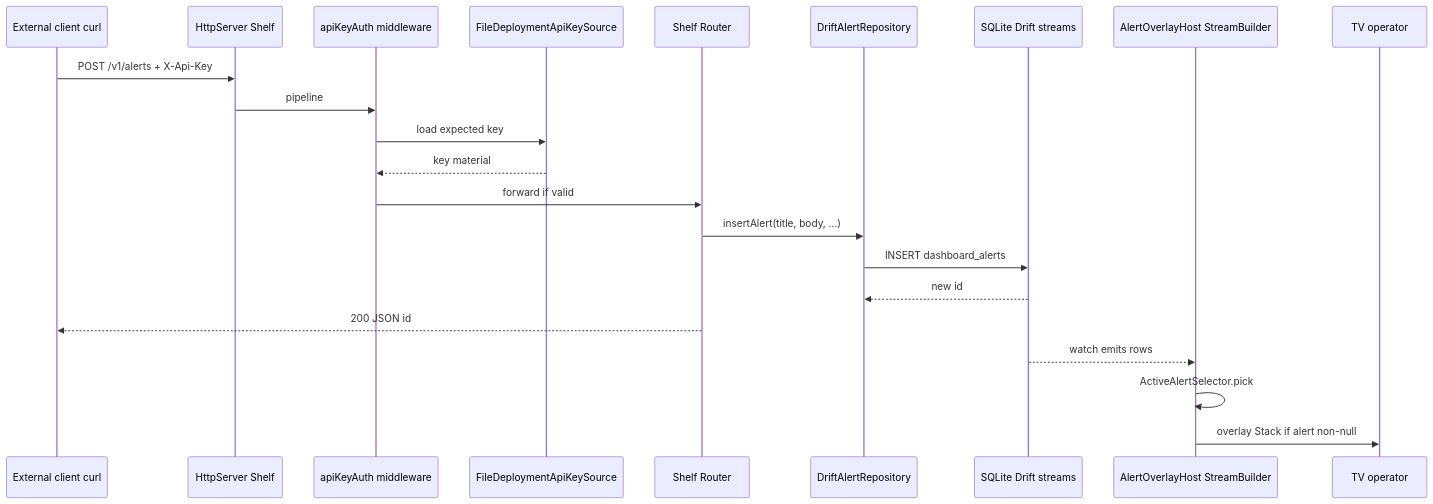
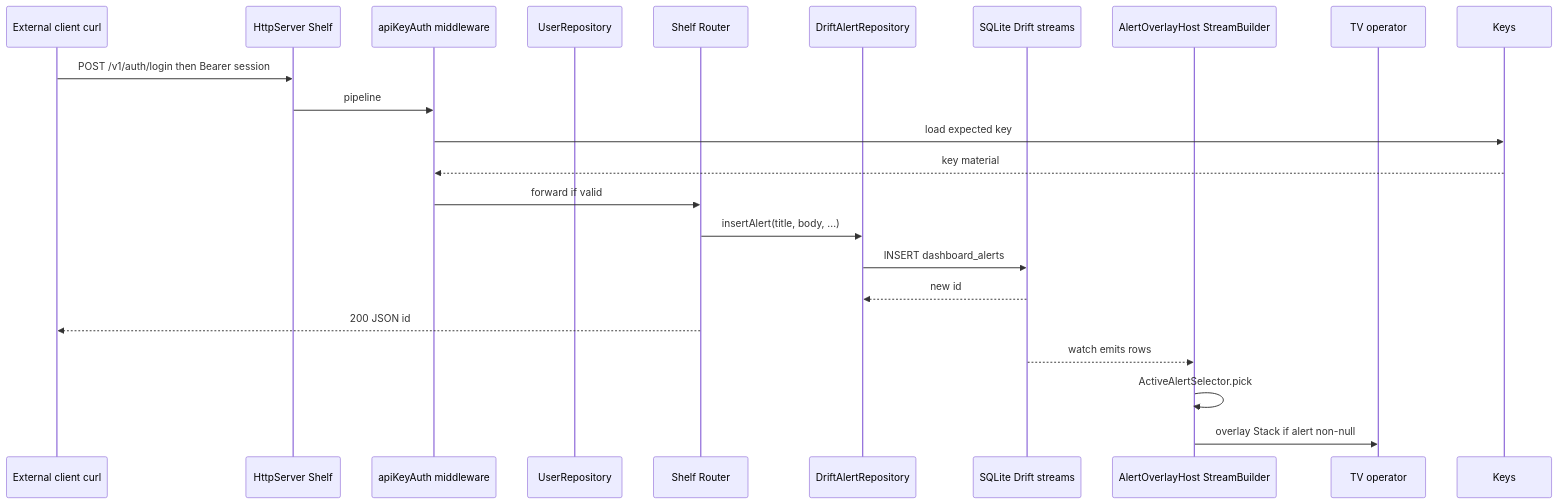
One commit to dukk/waddle-view changed the fourth of 5 diagrams in apps/waddle_display/ARCHITECTURE.md. Above: the diagram before and after it, drawn with Mermaid. The commit also changed other lines of this file and 62 other files, not shown here.

First line of the commit message:
feat(auth): session-based REST API auth with RBAC

````diff
--- a/apps/waddle_display/ARCHITECTURE.md
+++ b/apps/waddle_display/ARCHITECTURE.md
@@ -189,25 +189,25 @@
 ```mermaid
 sequenceDiagram
   participant Ext as External client curl
   participant S as HttpServer Shelf
   participant Auth as apiKeyAuth middleware
-  participant Keys as FileDeploymentApiKeySource
+  participant Users as UserRepository
   participant R as Shelf Router
   participant AR as DriftAlertRepository
   participant DB as SQLite Drift streams
   participant Host as AlertOverlayHost StreamBuilder
   participant Op as TV operator
 
-  Ext->>S: POST /v1/alerts + X-Api-Key
+  Ext->>S: POST /v1/auth/login then Bearer session
   S->>Auth: pipeline
   Auth->>Keys: load expected key
   Keys-->>Auth: key material
   Auth->>R: forward if valid
   R->>AR: insertAlert(title, body, ...)
   AR->>DB: INSERT dashboard_alerts
   DB-->>AR: new id
   R-->>Ext: 200 JSON id
   DB-->>Host: watch emits rows
   Host->>Host: ActiveAlertSelector.pick
   Host->>Op: overlay Stack if alert non-null
 ```
````
